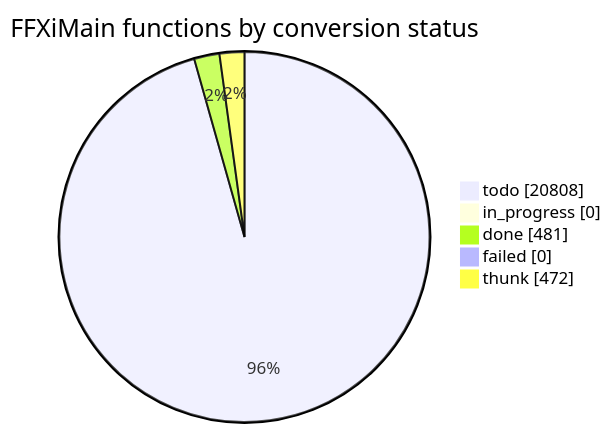
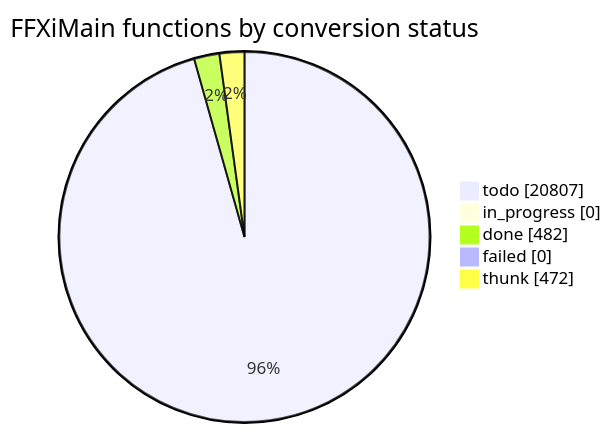
Before and after one commit to cowrevenge/cow_kuluu_xi_anything: the diagram in docs/cow/STATUS.md, drawn with Mermaid. The commit also changed other lines of this file and 9 other files, not shown here.

````diff
--- a/docs/cow/STATUS.md
+++ b/docs/cow/STATUS.md
@@ -18,9 +18,9 @@
 ```mermaid
 pie showData
     title FFXiMain functions by conversion status
-    "todo" : 20808
+    "todo" : 20807
     "in_progress" : 0
-    "done" : 481
+    "done" : 482
     "failed" : 0
     "thunk" : 472
 ```
````
